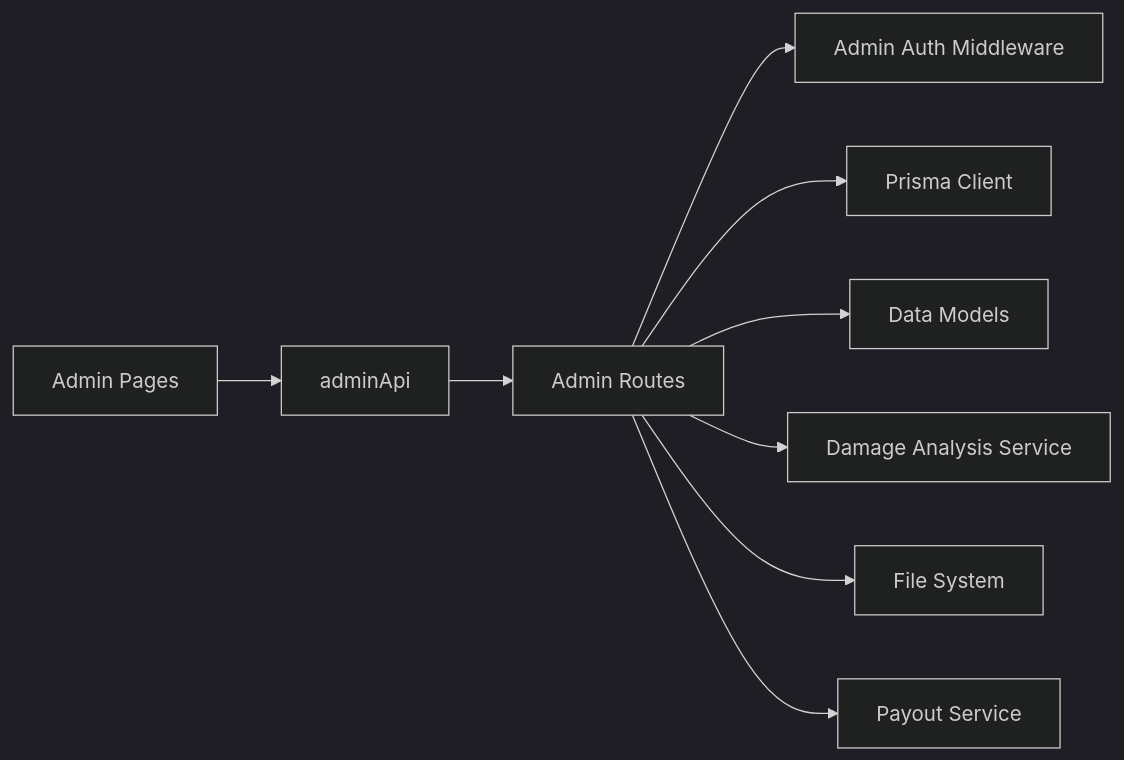
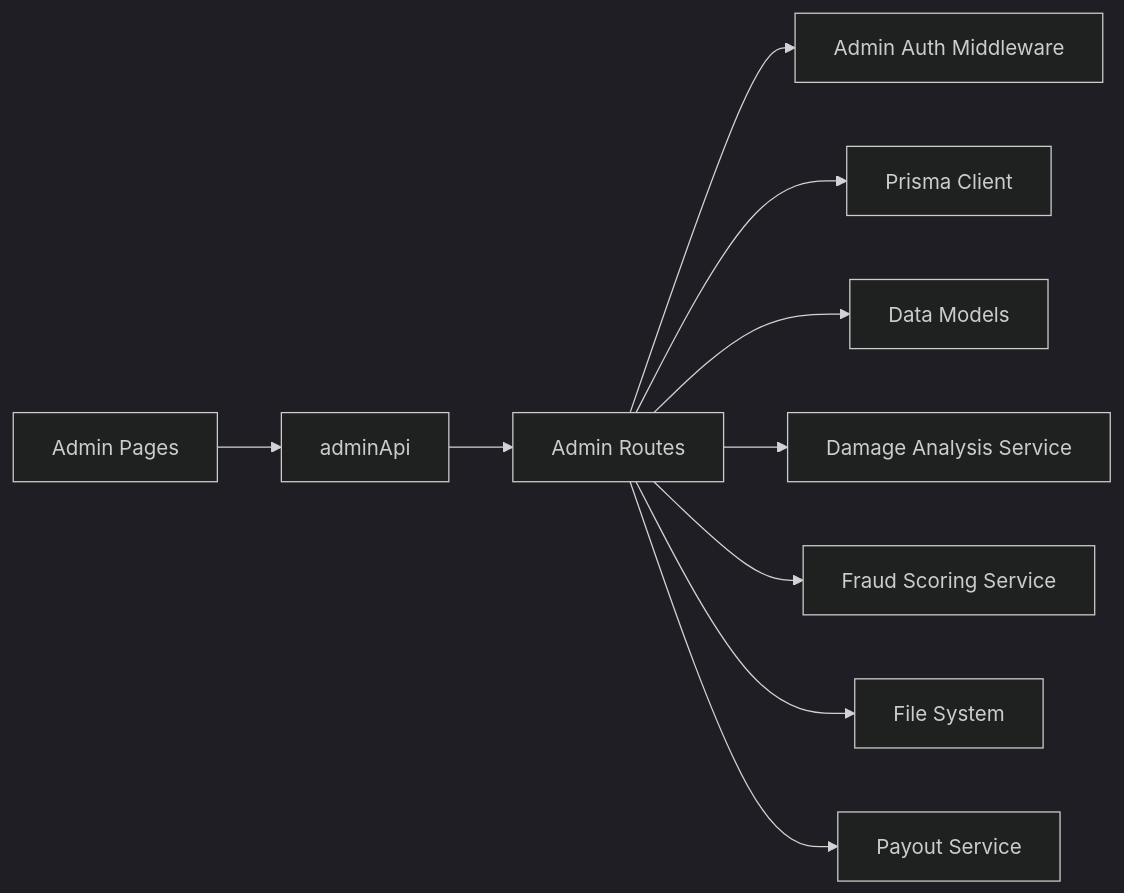
One commit to NaveenHiranya/Smart-Vehicle-Insurance-Claim-System changed diagram 12 of 12 in .qoder/repowiki/en/content/Backend Documentation/API Endpoints Reference/Administrative Endpoints.md. Above: the diagram before and after it, drawn with Mermaid (dark theme). The commit also changed other lines of this file and 17 other files, not shown here.

````diff
--- a/.qoder/repowiki/en/content/Backend Documentation/API Endpoints Reference/Administrative Endpoints.md
+++ b/.qoder/repowiki/en/content/Backend Documentation/API Endpoints Reference/Administrative Endpoints.md
@@ -580,11 +597,12 @@
 ```mermaid
 graph LR
 AdminRoutes["Admin Routes"] --> AdminAuth["Admin Auth Middleware"]
 AdminRoutes --> Prisma["Prisma Client"]
 AdminRoutes --> Models["Data Models"]
 AdminRoutes --> DamageSvc["Damage Analysis Service"]
+AdminRoutes --> FraudSvc["Fraud Scoring Service"]
 AdminRoutes --> FileSys["File System"]
 AdminRoutes --> PayoutSvc["Payout Service"]
 AdminPages["Admin Pages"] --> AdminAPI["adminApi"]
 AdminAPI --> AdminRoutes
 ```
````
